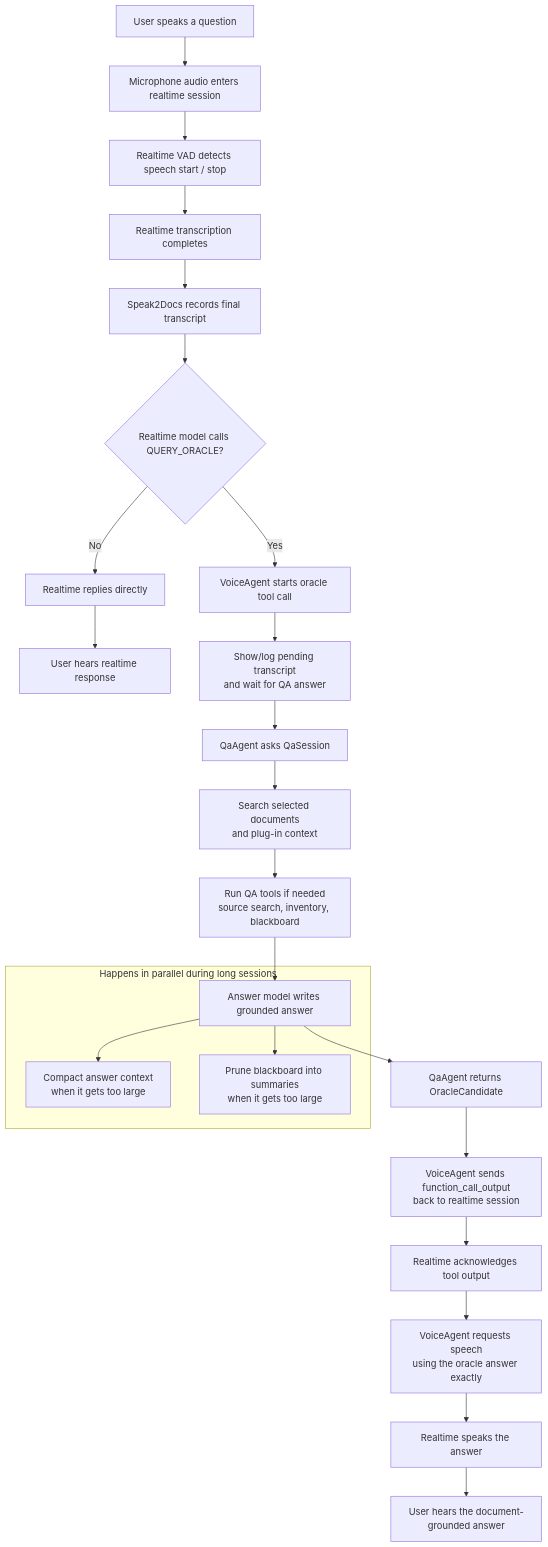
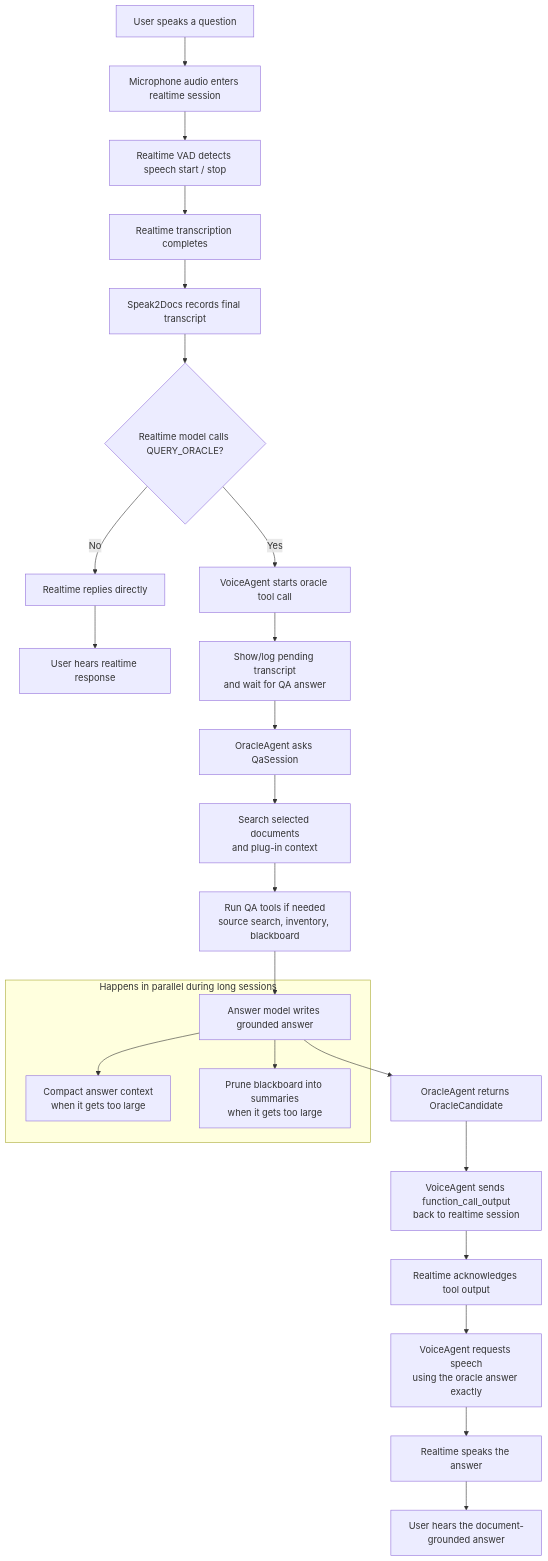
One commit to fwaris/FsVoice changed the diagram in diagrams/user_flow.mmd. Above: the diagram before and after it, drawn with Mermaid. The commit also changed 10 other files, not shown here.

Commit message:
Refactor Speak2Docs orchestration to replace QaAgent with OracleAgent and update related documentation and diagrams

```diff
--- a/diagrams/user_flow.mmd
+++ b/diagrams/user_flow.mmd
@@ -1,29 +1,29 @@
 flowchart TD
     User["User speaks a question"] --> Mic["Microphone audio enters realtime session"]
     Mic --> VAD["Realtime VAD detects speech start / stop"]
     VAD --> Transcript["Realtime transcription completes"]
     Transcript --> FinalTranscript["Speak2Docs records final transcript"]
 
     FinalTranscript --> NeedAnswer{"Realtime model calls QUERY_ORACLE?"}
     NeedAnswer -- "No" --> DirectReply["Realtime replies directly"]
     DirectReply --> UserHearsDirect["User hears realtime response"]
 
     NeedAnswer -- "Yes" --> OracleCall["VoiceAgent starts oracle tool call"]
     OracleCall --> Pending["Show/log pending transcript<br/>and wait for QA answer"]
 
-    Pending --> QA["QaAgent asks QaSession"]
+    Pending --> QA["OracleAgent asks QaSession"]
     QA --> Sources["Search selected documents<br/>and plug-in context"]
     Sources --> Tools["Run QA tools if needed<br/>source search, inventory, blackboard"]
     Tools --> AnswerModel["Answer model writes grounded answer"]
 
-    AnswerModel --> Ready["QaAgent returns OracleCandidate"]
+    AnswerModel --> Ready["OracleAgent returns OracleCandidate"]
     Ready --> ToolOutput["VoiceAgent sends function_call_output<br/>back to realtime session"]
     ToolOutput --> Ack["Realtime acknowledges tool output"]
     Ack --> SpeakRequest["VoiceAgent requests speech<br/>using the oracle answer exactly"]
     SpeakRequest --> SpokenAnswer["Realtime speaks the answer"]
     SpokenAnswer --> UserHearsOracle["User hears the document-grounded answer"]
 
     subgraph SessionMaintenance["Happens in parallel during long sessions"]
         AnswerModel --> Compact["Compact answer context<br/>when it gets too large"]
         AnswerModel --> Prune["Prune blackboard into summaries<br/>when it gets too large"]
     end
```
